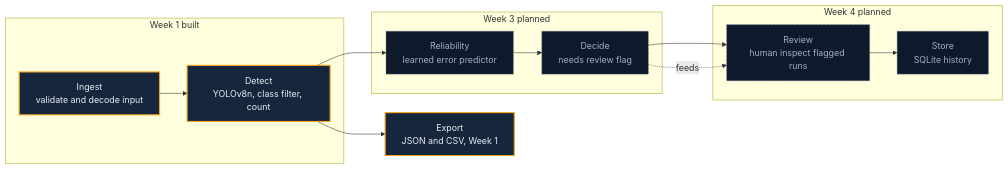
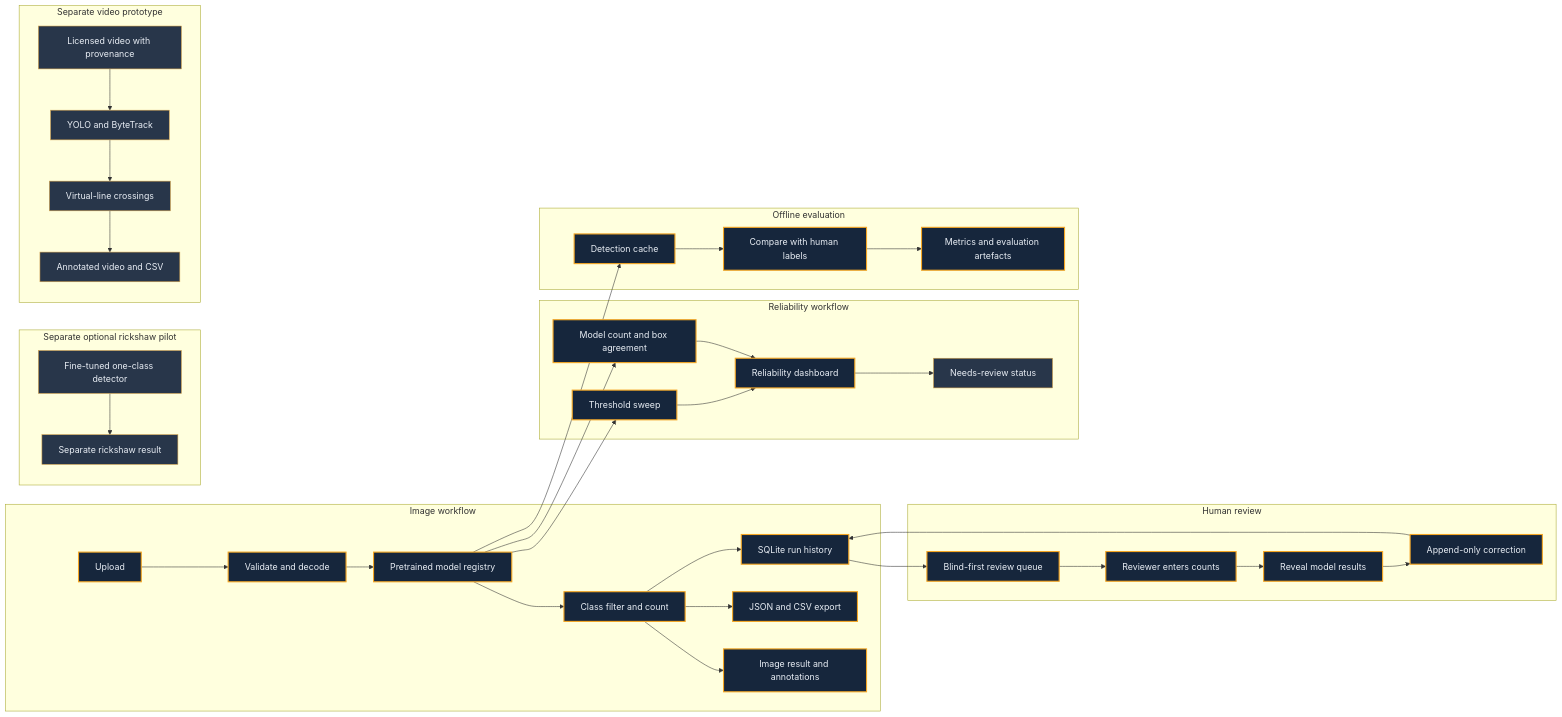
The diagram in docs/architecture.mmd (bakhtawar7/TrafficLens), drawn with Mermaid before and after one commit.

Commit message:
docs: update system architecture diagram

```diff
--- a/docs/architecture.mmd
+++ b/docs/architecture.mmd
@@ -1,22 +1,40 @@
 flowchart LR
-    subgraph W1[Week 1 built]
-        ING[Ingest<br/>validate and decode input]
-        DET[Detect<br/>YOLOv8n, class filter, count]
-    end
-    subgraph W3[Week 3 planned]
-        REL[Reliability<br/>learned error predictor]
-        DEC[Decide<br/>needs review flag]
-    end
-    subgraph W4[Week 4 planned]
-        REV[Review<br/>human inspect flagged runs]
-        STO[Store<br/>SQLite history]
-    end
-
-    ING --> DET --> REL --> DEC --> REV --> STO
-    DET --> EXP[Export<br/>JSON and CSV, Week 1]
-    DEC -. feeds .-> REV
-
-    classDef built fill:#16263c,stroke:#f5a623,stroke-width:2px,color:#e9eef5;
-    classDef planned fill:#0e1a2b,stroke:#5b6b7f,stroke-dasharray:4 3,color:#9fb0c0;
-    class ING,DET,EXP built;
-    class REL,DEC,REV,STO planned;
+  subgraph IMAGE[Image workflow]
+    UP[Upload] --> VAL[Validate and decode]
+    VAL --> DET[Pretrained model registry]
+    DET --> CNT[Class filter and count]
+    CNT --> VIEW[Image result and annotations]
+    CNT --> OUT[JSON and CSV export]
+    CNT --> HIST[SQLite run history]
+  end
+  subgraph REL[Reliability workflow]
+    DET --> SWEEP[Threshold sweep]
+    DET --> AGREE[Model count and box agreement]
+    SWEEP --> RELVIEW[Reliability dashboard]
+    AGREE --> RELVIEW
+    RELVIEW --> FLAG[Needs-review status]
+  end
+  subgraph EVAL[Offline evaluation]
+    CACHE[Detection cache] --> SCORE[Compare with human labels]
+    SCORE --> REPORT[Metrics and evaluation artefacts]
+  end
+  DET --> CACHE
+  subgraph REVIEW[Human review]
+    HIST --> QUEUE[Blind-first review queue]
+    QUEUE --> HUMAN[Reviewer enters counts]
+    HUMAN --> REVEAL[Reveal model results]
+    REVEAL --> CORR[Append-only correction]
+    CORR --> HIST
+  end
+  subgraph FINE[Separate optional rickshaw pilot]
+    FDET[Fine-tuned one-class detector] --> FVIEW[Separate rickshaw result]
+  end
+  subgraph VIDEO[Separate video prototype]
+    VUP[Licensed video with provenance] --> TRACK[YOLO and ByteTrack]
+    TRACK --> LINE[Virtual-line crossings]
+    LINE --> VOUT[Annotated video and CSV]
+  end
+  classDef built fill:#16263c,stroke:#f5a623,stroke-width:2px,color:#e9eef5;
+  classDef pilot fill:#28364a,stroke:#d6a34a,stroke-width:1px,color:#e9eef5;
+  class UP,VAL,DET,CNT,VIEW,OUT,HIST,SWEEP,AGREE,RELVIEW,CACHE,SCORE,REPORT,QUEUE,HUMAN,REVEAL,CORR built;
+  class FLAG,FDET,FVIEW,VUP,TRACK,LINE,VOUT pilot;
```
